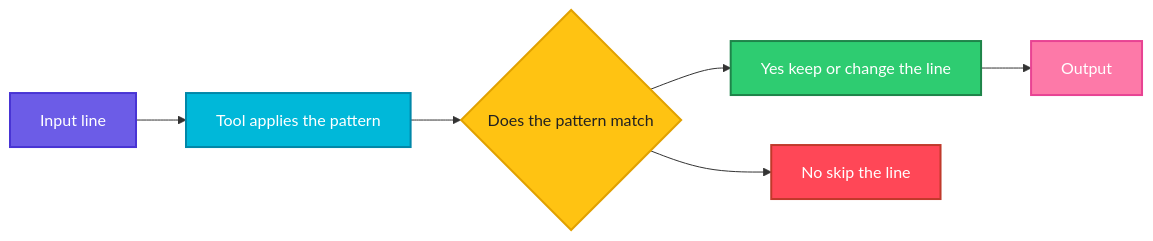
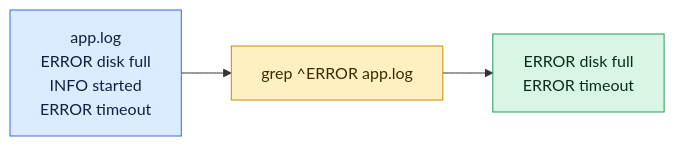
Before and after one commit to codeKerdosTech/DevOps-Documentation: the diagram in linux/fundamentals/12-regular-expressions.md, drawn with Mermaid. The commit also changed other lines of this file and 165 other files, not shown here.

Commit message:
updated diagrams in linux

````diff
--- a/linux/fundamentals/12-regular-expressions.md
+++ b/linux/fundamentals/12-regular-expressions.md
@@ -21,20 +21,13 @@
 ```mermaid
 flowchart LR
-    A[Input line] --> B[Tool applies the pattern]
-    B --> C{Does the pattern match}
-    C --> D[Yes keep or change the line]
-    C --> E[No skip the line]
-    D --> F[Output]
-    classDef start fill:#6C5CE7,stroke:#4834D4,stroke-width:2px,color:#fff
-    classDef proc fill:#00B8D9,stroke:#0087A8,stroke-width:2px,color:#fff
-    classDef dec fill:#FFC312,stroke:#E1A100,stroke-width:2px,color:#222
-    classDef ok fill:#2ECC71,stroke:#1E8449,stroke-width:2px,color:#fff
-    classDef err fill:#FF4757,stroke:#C0392B,stroke-width:2px,color:#fff
-    classDef out fill:#FD79A8,stroke:#E84393,stroke-width:2px,color:#fff
-    class A start
-    class B proc
-    class C dec
-    class D ok
-    class E err
-    class F out
+    i1[app.log<br/>ERROR disk full<br/>INFO started<br/>ERROR timeout] --> c1[grep ^ERROR app.log]
+    c1 --> o1[ERROR disk full<br/>ERROR timeout]
+    classDef inp fill:#DCEBFF,stroke:#2F6FDE,color:#10213F
+    classDef cmd fill:#FFF0C2,stroke:#C98A00,color:#3A2A00
+    classDef out fill:#D9F5E3,stroke:#1F9D55,color:#0B2E1A
+    classDef bad fill:#FDE0E0,stroke:#D13B3B,color:#4A0F0F
+    classDef note fill:#ECEFF3,stroke:#7B8794,color:#1F2933
+    class i1 inp
+    class c1 cmd
+    class o1 out
 ```
````
